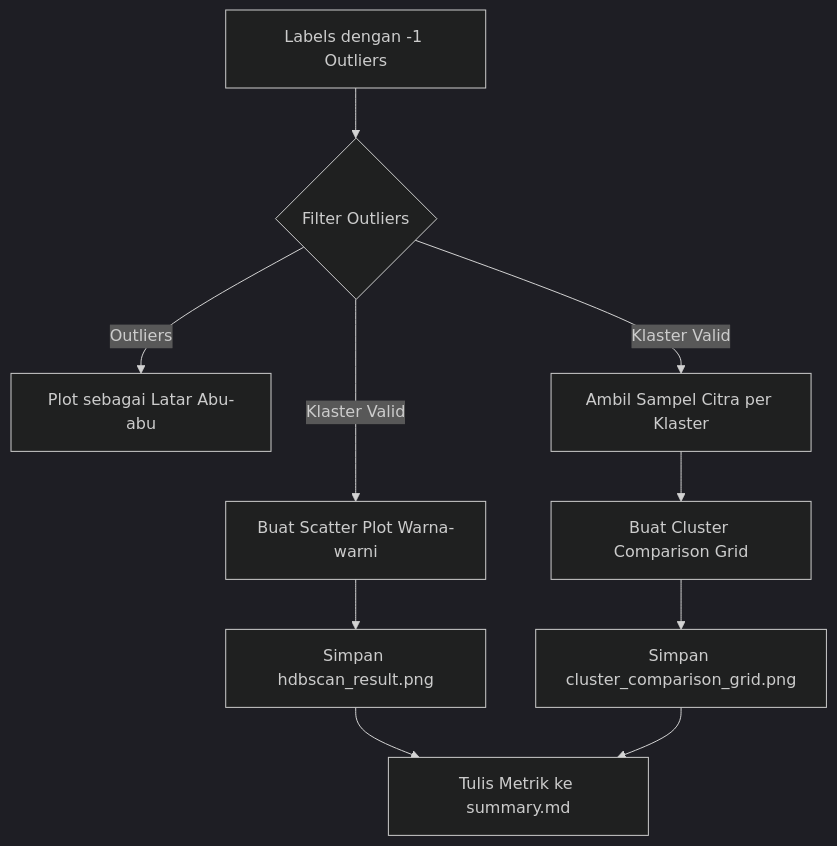
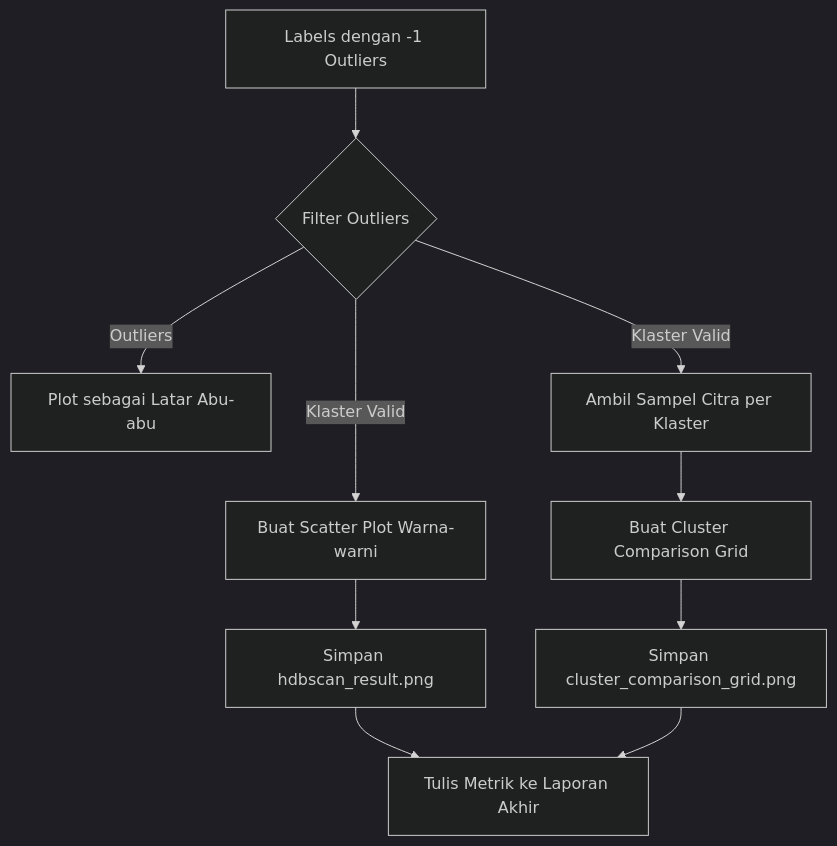
Before and after one commit to Official-Fidev/dino_vits16_togog_clustering: the sixth of 6 diagrams in docs/skripsi/PENJELASAN_FLOWCHART_SKRIPSI.md, drawn with Mermaid (dark theme). The commit also changed other lines of this file and 13 other files, not shown here.

````diff
--- a/docs/skripsi/PENJELASAN_FLOWCHART_SKRIPSI.md
+++ b/docs/skripsi/PENJELASAN_FLOWCHART_SKRIPSI.md
@@ -117,16 +148,16 @@
 ```mermaid
 graph TD
     Labels[Labels dengan -1 Outliers] --> Filter{Filter Outliers}
     
     Filter -->|Klaster Valid| Scatter[Buat Scatter Plot Warna-warni]
     Filter -->|Outliers| GreyPoints[Plot sebagai Latar Abu-abu]
     
     Filter -->|Klaster Valid| Sampling[Ambil Sampel Citra per Klaster]
     Sampling --> Montage[Buat Cluster Comparison Grid]
     
     Scatter --> PlotSave[Simpan hdbscan_result.png]
     Montage --> GridSave[Simpan cluster_comparison_grid.png]
     
-    PlotSave --> Report[Tulis Metrik ke summary.md]
+    PlotSave --> Report[Tulis Metrik ke Laporan Akhir]
     GridSave --> Report
 ```
````
